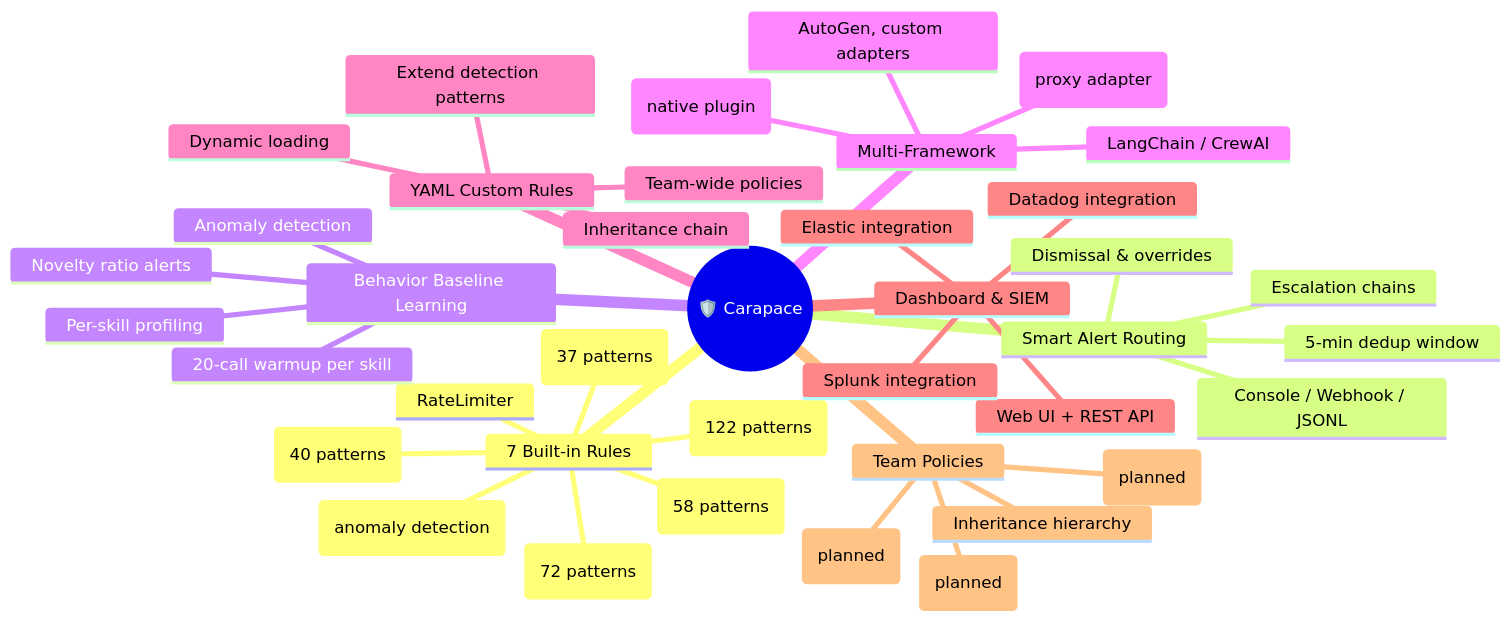
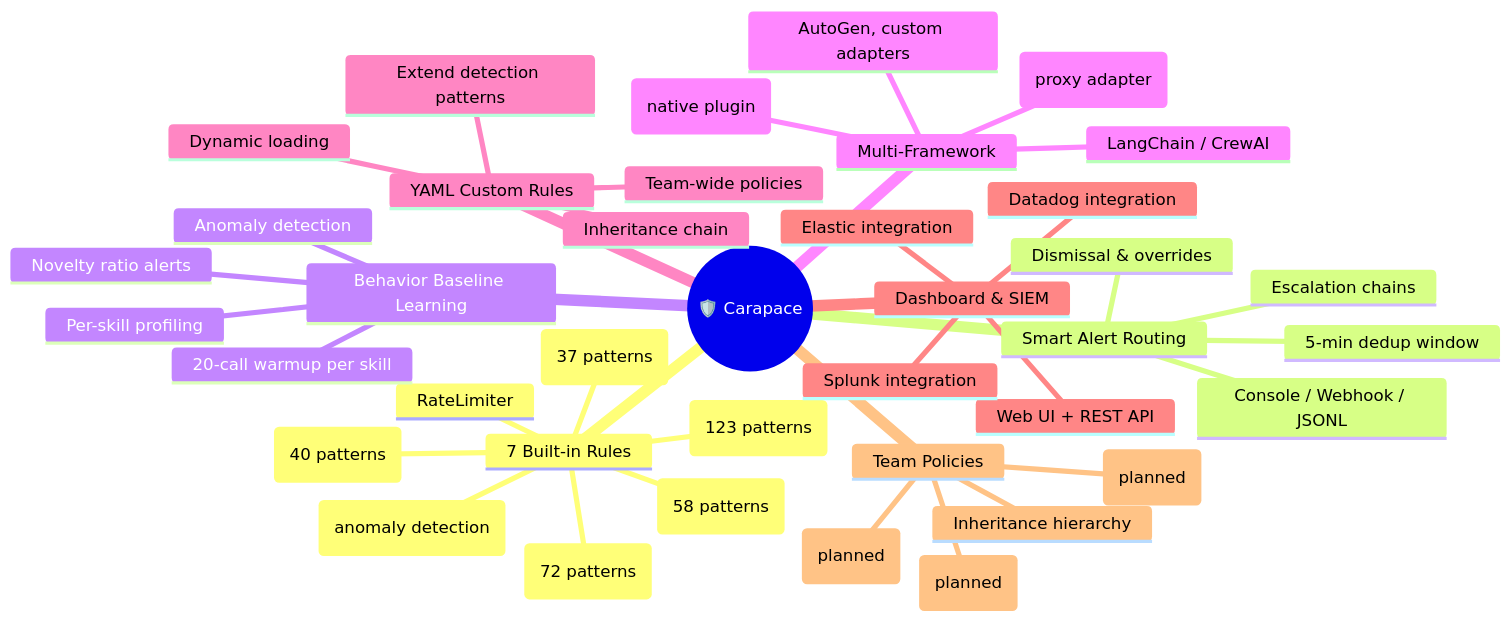
The first of 4 diagrams in README.md (yeasy/carapace), drawn with Mermaid before and after one commit. The commit also changed other lines of this file and 3 other files, not shown here.

````diff
--- a/README.md
+++ b/README.md
@@ -70,42 +70,42 @@
 ```mermaid
 mindmap
   root((🛡️ Carapace))
     7 Built-in Rules
-      ExecGuard (122 patterns)
+      ExecGuard (123 patterns)
       PathGuard (72 patterns)
       NetworkGuard (40 patterns)
       RateLimiter
       PromptInjection (37 patterns)
       DataExfil (58 patterns)
       BaselineDrift (anomaly detection)
     Smart Alert Routing
       5-min dedup window
       Escalation chains
       Dismissal & overrides
       Console / Webhook / JSONL
     Behavior Baseline Learning
       20-call warmup per skill
       Per-skill profiling
       Anomaly detection
       Novelty ratio alerts
     Multi-Framework
       OpenClaw (native plugin)
       MCP (proxy adapter)
       LangChain / CrewAI
       AutoGen, custom adapters
     YAML Custom Rules
       Extend detection patterns
       Team-wide policies
       Inheritance chain
       Dynamic loading
     Dashboard & SIEM
       Web UI + REST API
       Splunk integration
       Elastic integration
       Datadog integration
     Team Policies
       Inheritance hierarchy
       Role-based access (planned)
       Policy versioning (planned)
       Audit logging (planned)
 ```
````
